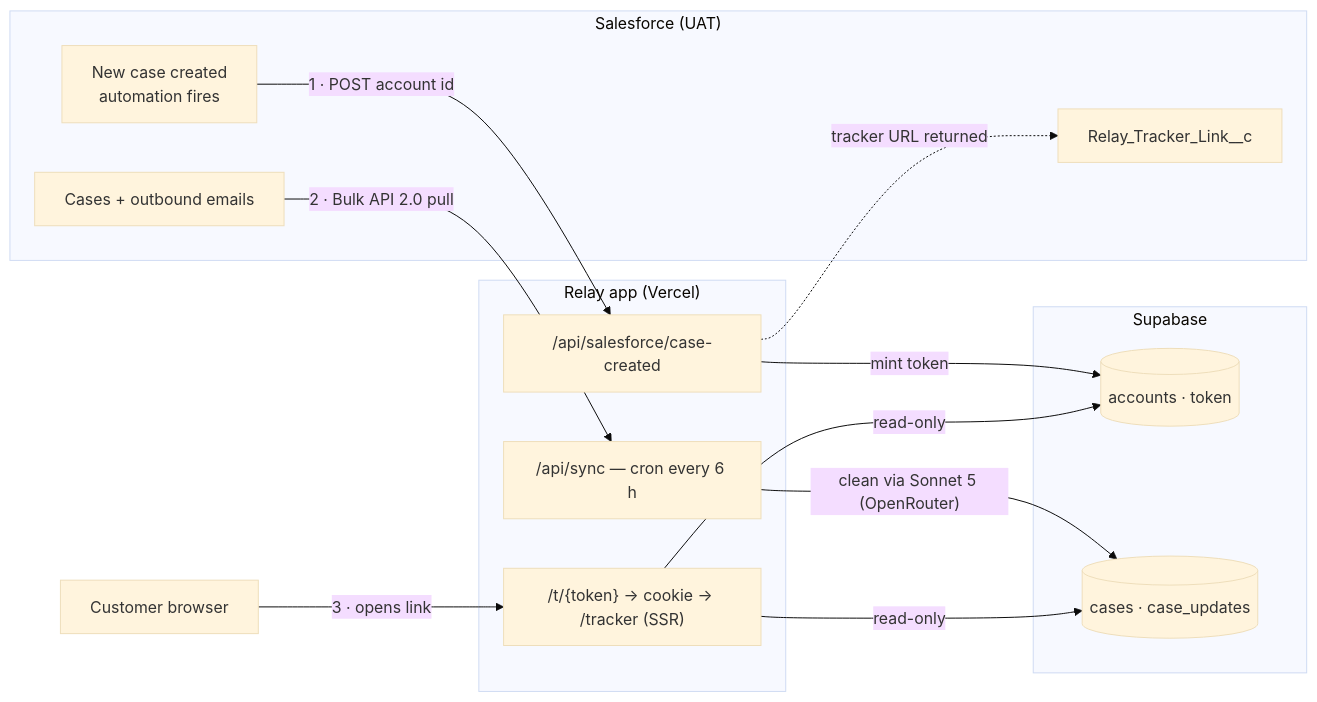
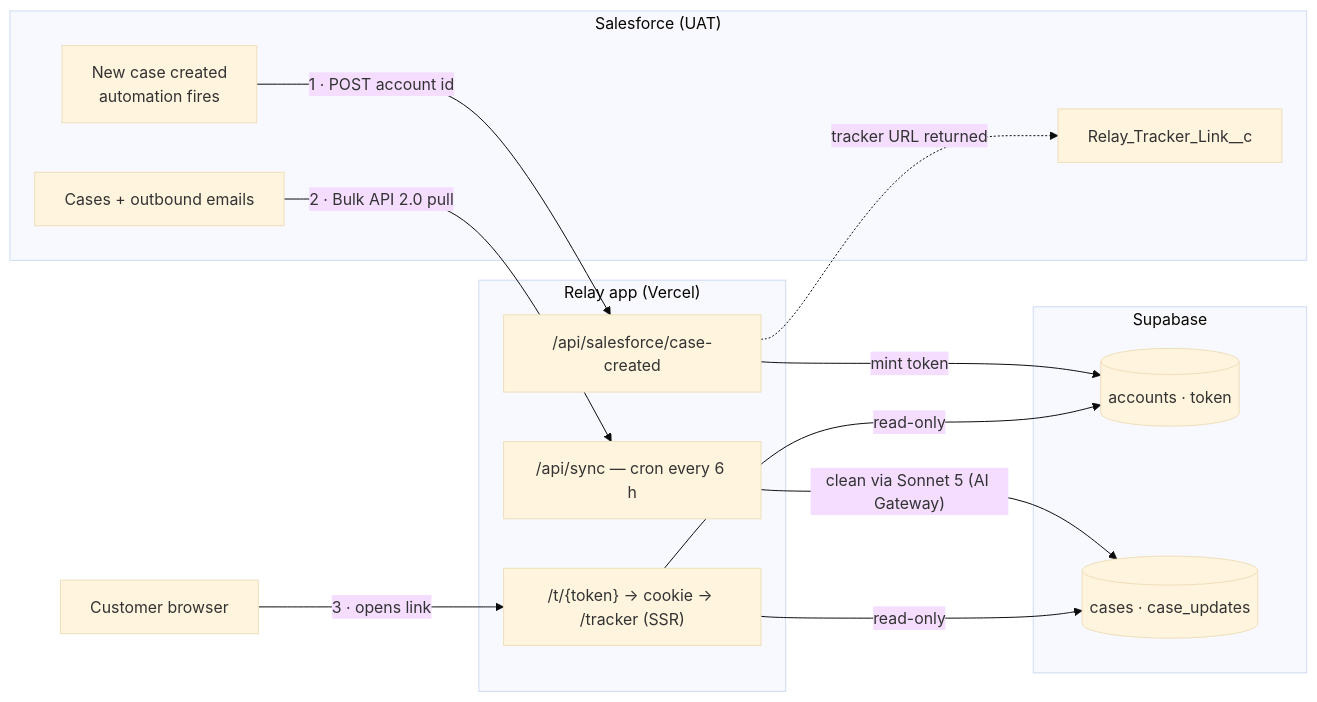
One commit to hamza-saraswat-fp/relay changed the diagram in README.md. Above: the diagram before and after it, drawn with Mermaid (base theme). The commit also changed other lines of this file and 6 other files, not shown here.

````diff
--- a/README.md
+++ b/README.md
@@ -13,25 +13,25 @@
 ```mermaid
 flowchart LR
   subgraph SF["Salesforce (UAT)"]
     A[New case created<br/>automation fires]
     D[Cases + outbound emails]
     F[Relay_Tracker_Link__c]
   end
   subgraph V["Relay app (Vercel)"]
     B["/api/salesforce/case-created"]
     E["/api/sync — cron every 6 h"]
     P["/t/{token} → cookie → /tracker (SSR)"]
   end
   subgraph DB["Supabase"]
     T[(accounts · token)]
     C[(cases · case_updates)]
   end
   A -- "1 · POST account id" --> B
   B -- mint token --> T
   B -. "tracker URL returned" .-> F
   D -- "2 · Bulk API 2.0 pull" --> E
-  E -- "clean via Sonnet 5 (OpenRouter)" --> C
+  E -- "clean via Sonnet 5 (AI Gateway)" --> C
   U[Customer browser] -- "3 · opens link" --> P
   P -- read-only --> T
   P -- read-only --> C
 ```
````
